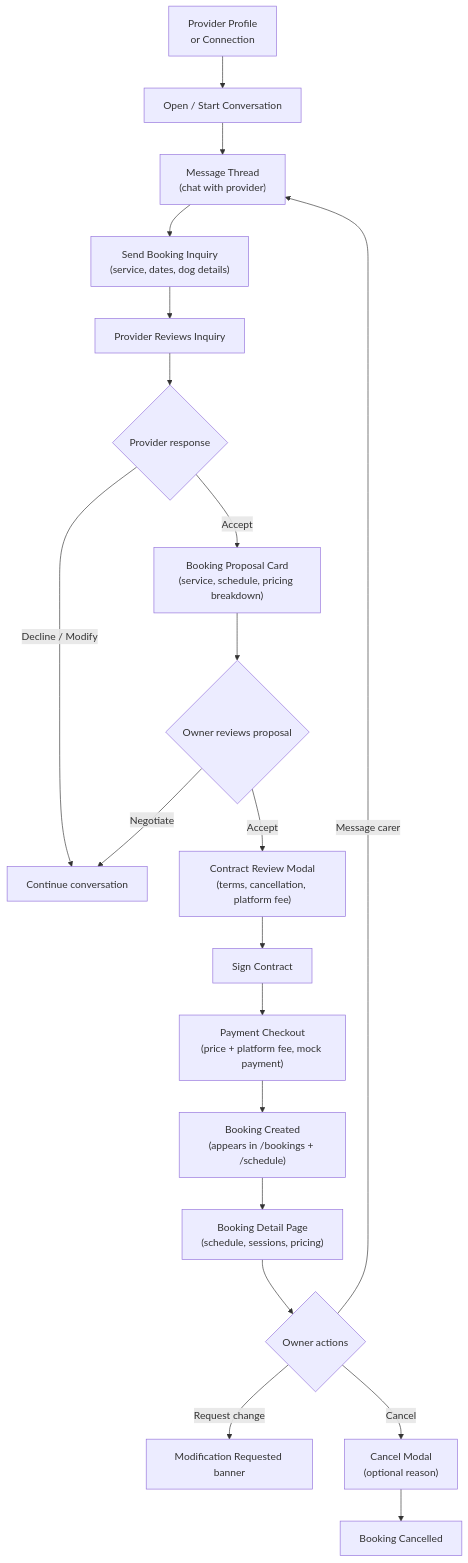
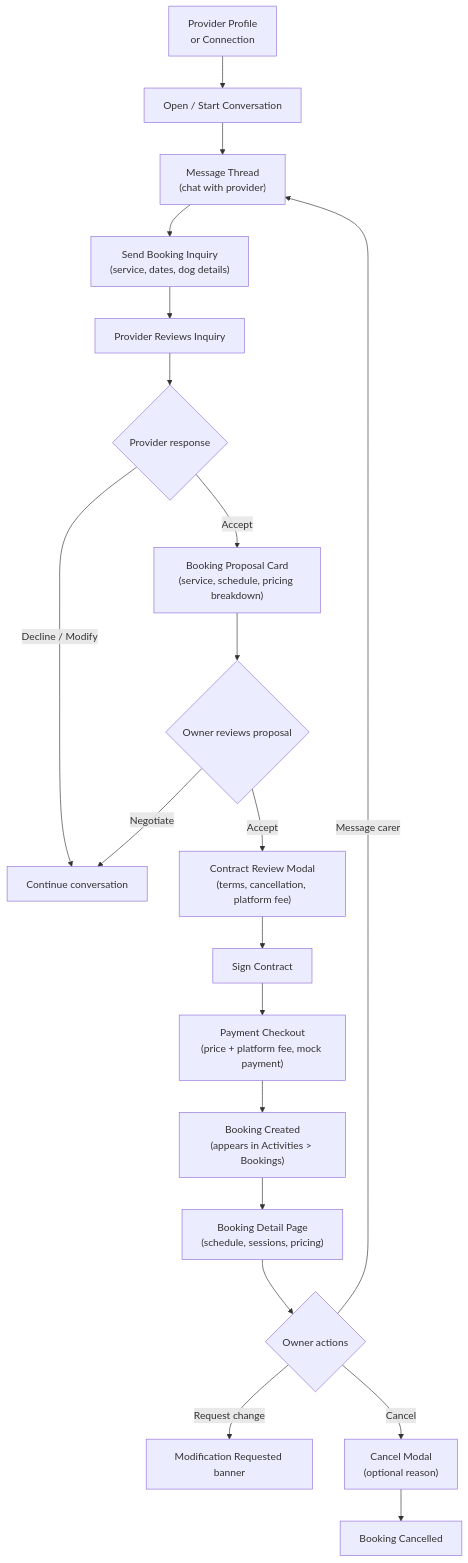
Before and after one commit to ShawnTalvacchia/doggo: the diagram in docs/flows/booking-conversation.md, drawn with Mermaid. The commit also changed other lines of this file and 12 other files, not shown here.

````diff
--- a/docs/flows/booking-conversation.md
+++ b/docs/flows/booking-conversation.md
@@ -10,22 +10,22 @@
 ```mermaid
 flowchart TD
     A["Provider Profile\nor Connection"] --> B["Open / Start Conversation"]
     B --> C["Message Thread\n(chat with provider)"]
     C --> D["Send Booking Inquiry\n(service, dates, dog details)"]
     D --> E["Provider Reviews Inquiry"]
     E --> F{"Provider response"}
     F -->|Accept| G["Booking Proposal Card\n(service, schedule, pricing breakdown)"]
     F -->|Decline / Modify| H["Continue conversation"]
     G --> I{"Owner reviews proposal"}
     I -->|Accept| J["Contract Review Modal\n(terms, cancellation, platform fee)"]
     I -->|Negotiate| H
     J --> K["Sign Contract"]
     K --> L["Payment Checkout\n(price + platform fee, mock payment)"]
-    L --> M["Booking Created\n(appears in /bookings + /schedule)"]
+    L --> M["Booking Created\n(appears in Activities > Bookings)"]
     M --> N["Booking Detail Page\n(schedule, sessions, pricing)"]
     N --> O{"Owner actions"}
     O -->|Message carer| C
     O -->|Request change| P["Modification Requested banner"]
     O -->|Cancel| Q["Cancel Modal\n(optional reason)"]
     Q --> R["Booking Cancelled"]
 ```
````
